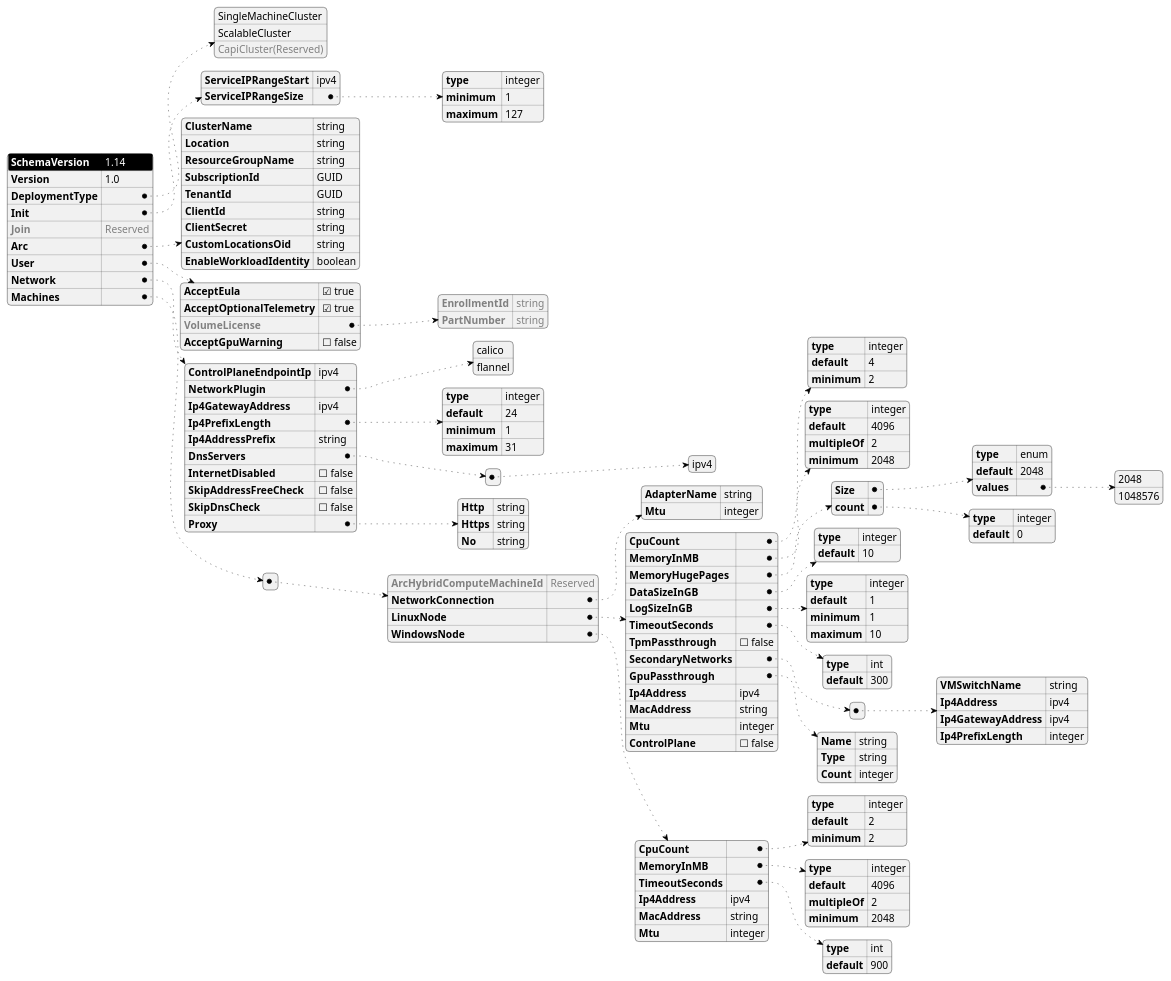
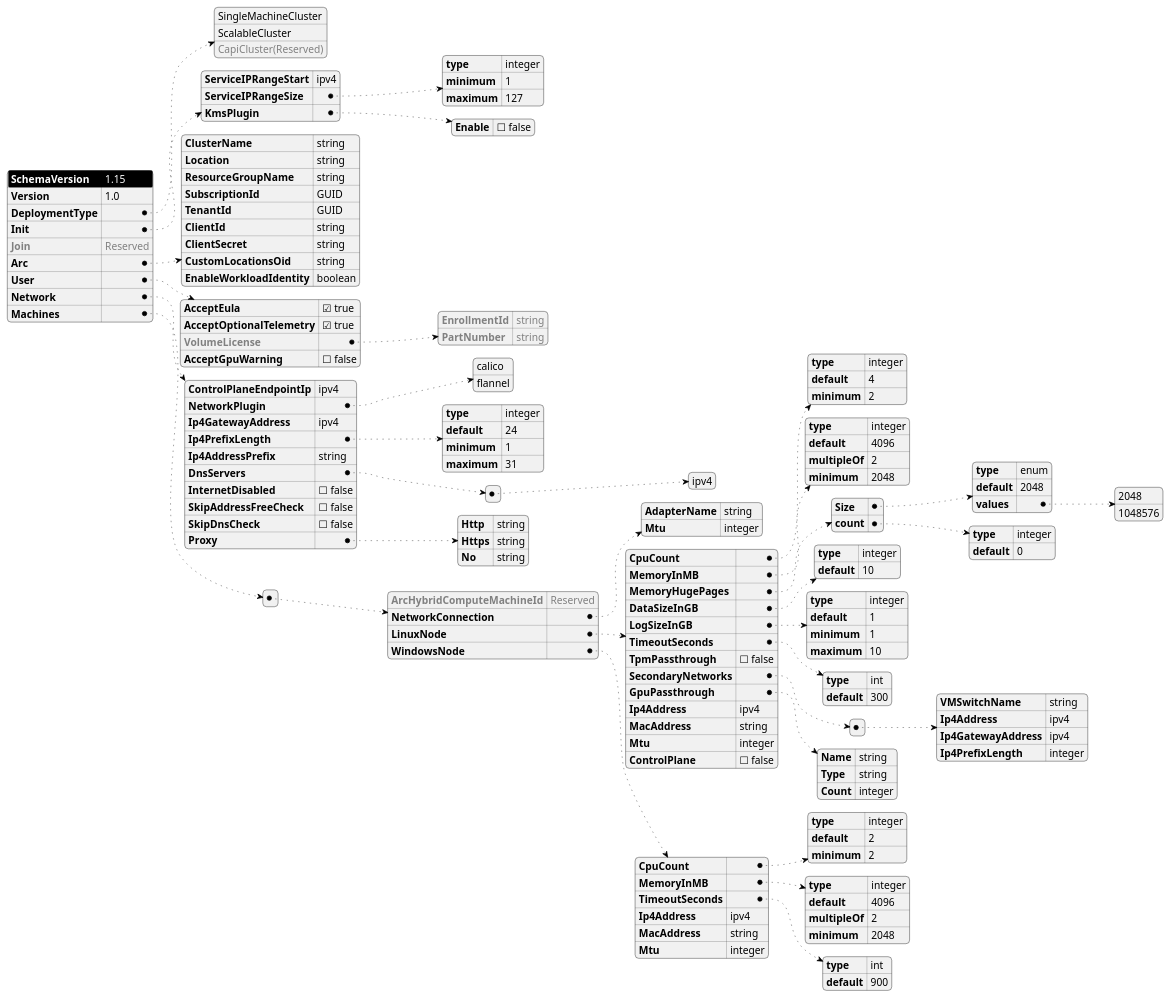
Before and after one commit to Azure/AKS-Edge: the diagram in tools/modules/AksEdgeDeploy/aksedge-dc.puml, drawn with PlantUML. The commit also changed 1 other file, not shown here.

```diff
--- a/tools/modules/AksEdgeDeploy/aksedge-dc.puml
+++ b/tools/modules/AksEdgeDeploy/aksedge-dc.puml
@@ -1,168 +1,171 @@
 @startjson AksEdgeSchema
 <style>
 jsonDiagram {
     node {
         FontSize 14
         RoundCorner 10
         LineThickness 0.5
         separator {
             LineThickness 0.25
         }
     }
     arrow {
         LineThickness 0.5
         LineStyle 2,6
     }
     highlight {
         BackgroundColor black
         FontColor White
     }
 }
 </style>
 #highlight "SchemaVersion"
 {
-    "SchemaVersion": "1.14",
+    "SchemaVersion": "1.15",
     "Version": "1.0",
     "DeploymentType": [
             "SingleMachineCluster",
             "ScalableCluster",
             "<color:gray>CapiCluster(Reserved)"
     ],
     "Init": {
         "ServiceIPRangeStart": "ipv4",
         "ServiceIPRangeSize": {
             "type": "integer",
             "minimum" : 1,
             "maximum" : 127
+        },
+        "KmsPlugin": {
+            "Enable": false
         }
     },
     "<color:gray>Join":"<color:gray>Reserved",
     "Arc": {
         "ClusterName": "string",
         "Location": "string",
         "ResourceGroupName": "string",
         "SubscriptionId": "GUID",
         "TenantId": "GUID",
         "ClientId": "string",
         "ClientSecret": "string",
         "CustomLocationsOid": "string",
         "EnableWorkloadIdentity": "boolean"
     },
     "User": {
         "AcceptEula": true,
         "AcceptOptionalTelemetry": true,
         "<color:gray>VolumeLicense":{
             "<color:gray>EnrollmentId":"<color:gray>string",
             "<color:gray>PartNumber":"<color:gray>string"
         },
         "AcceptGpuWarning": false
     },
     "Network": {
         "ControlPlaneEndpointIp": "ipv4",
         "NetworkPlugin": [
                 "calico",
                 "flannel"
         ],
         "Ip4GatewayAddress": "ipv4",
         "Ip4PrefixLength": {
             "type": "integer",
             "default": 24,
             "minimum": 1,
             "maximum": 31
         },
         "Ip4AddressPrefix":"string",
         "DnsServers": [["ipv4"]],
         "InternetDisabled": false,
         "SkipAddressFreeCheck":false,
         "SkipDnsCheck":false,
         "Proxy": {
             "Http":"string",
             "Https":"string",
             "No":"string"
         }
     },
     "Machines":[{
         "<color:gray>ArcHybridComputeMachineId":"<color:gray>Reserved",
         "NetworkConnection":{
             "AdapterName":"string",
             "Mtu":"integer"
         },
         "LinuxNode":{
             "CpuCount": {
                 "type": "integer",
                 "default": 4,
                 "minimum": 2
             },
             "MemoryInMB": {
                 "type": "integer",
                 "default": 4096,
                 "multipleOf": 2,
                 "minimum": 2048
             },
             "MemoryHugePages": {
                 "Size": {
                     "type": "enum",
                     "default": 2048,
                     "values": [2048,1048576]
                 },
                 "count": {
                     "type": "integer",
                     "default": 0
                 }
             },
             "DataSizeInGB": {
                 "type": "integer",
                 "default": 10
             },
             "LogSizeInGB": {
                 "type": "integer",
                 "default": 1,
                 "minimum" : 1,
                 "maximum" : 10
             },
             "TimeoutSeconds": {
                 "type": "int",
                 "default": 300
             },
             "TpmPassthrough": false,
             "SecondaryNetworks": [
                 {
                     "VMSwitchName" : "string",
                     "Ip4Address": "ipv4",
                     "Ip4GatewayAddress": "ipv4",
                     "Ip4PrefixLength": "integer"
                 }
             ],
             "GpuPassthrough": {
                 "Name": "string",
                 "Type": "string",
                 "Count": "integer"
             },
             "Ip4Address": "ipv4",
             "MacAddress": "string",
             "Mtu": "integer",
             "ControlPlane" : false
         },
         "WindowsNode":{
             "CpuCount": {
                 "type": "integer",
                 "default": 2,
                 "minimum": 2
             },
             "MemoryInMB": {
                 "type": "integer",
                 "default": 4096,
                 "multipleOf": 2,
                 "minimum": 2048
             },
             "TimeoutSeconds": {
                 "type": "int",
                 "default": 900
             },
             "Ip4Address": "ipv4",
             "MacAddress": "string",
             "Mtu": "integer"
         }
     }]
 }
 @endjson
```
